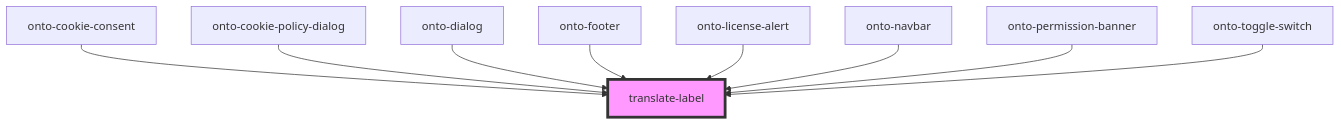
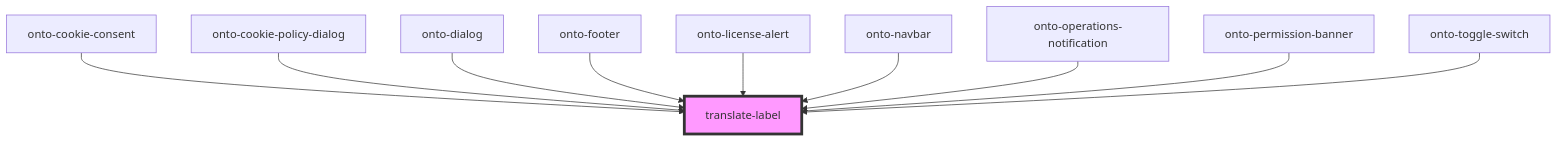
One commit to Ontotext-AD/graphdb-workbench changed the diagram in packages/shared-components/src/components/translate-label/readme.md. Above: the diagram before and after it, drawn with Mermaid. The commit also changed other lines of this file and 50 other files, not shown here.

````diff
--- a/packages/shared-components/src/components/translate-label/readme.md
+++ b/packages/shared-components/src/components/translate-label/readme.md
@@ -41,12 +42,13 @@
 ```mermaid
 graph TD;
   onto-cookie-consent --> translate-label
   onto-cookie-policy-dialog --> translate-label
   onto-dialog --> translate-label
   onto-footer --> translate-label
   onto-license-alert --> translate-label
   onto-navbar --> translate-label
+  onto-operations-notification --> translate-label
   onto-permission-banner --> translate-label
   onto-toggle-switch --> translate-label
   style translate-label fill:#f9f,stroke:#333,stroke-width:4px
 ```
````
